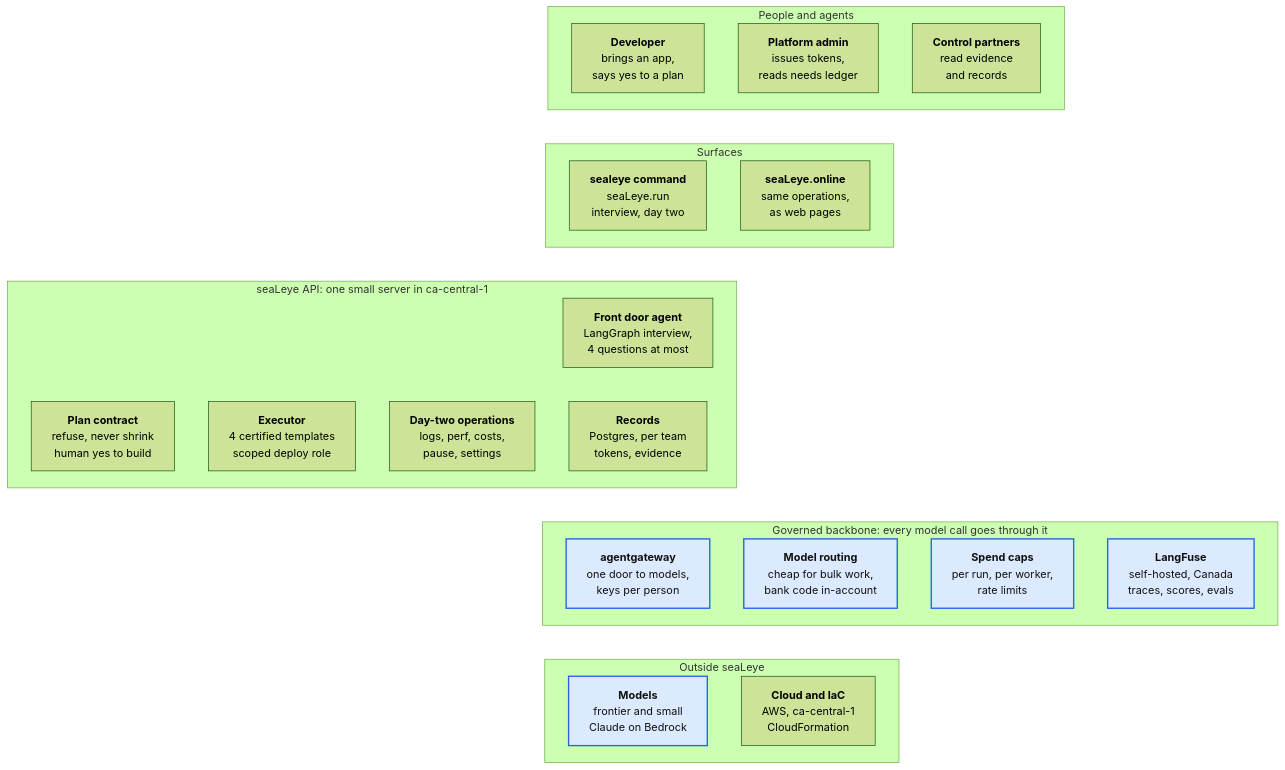
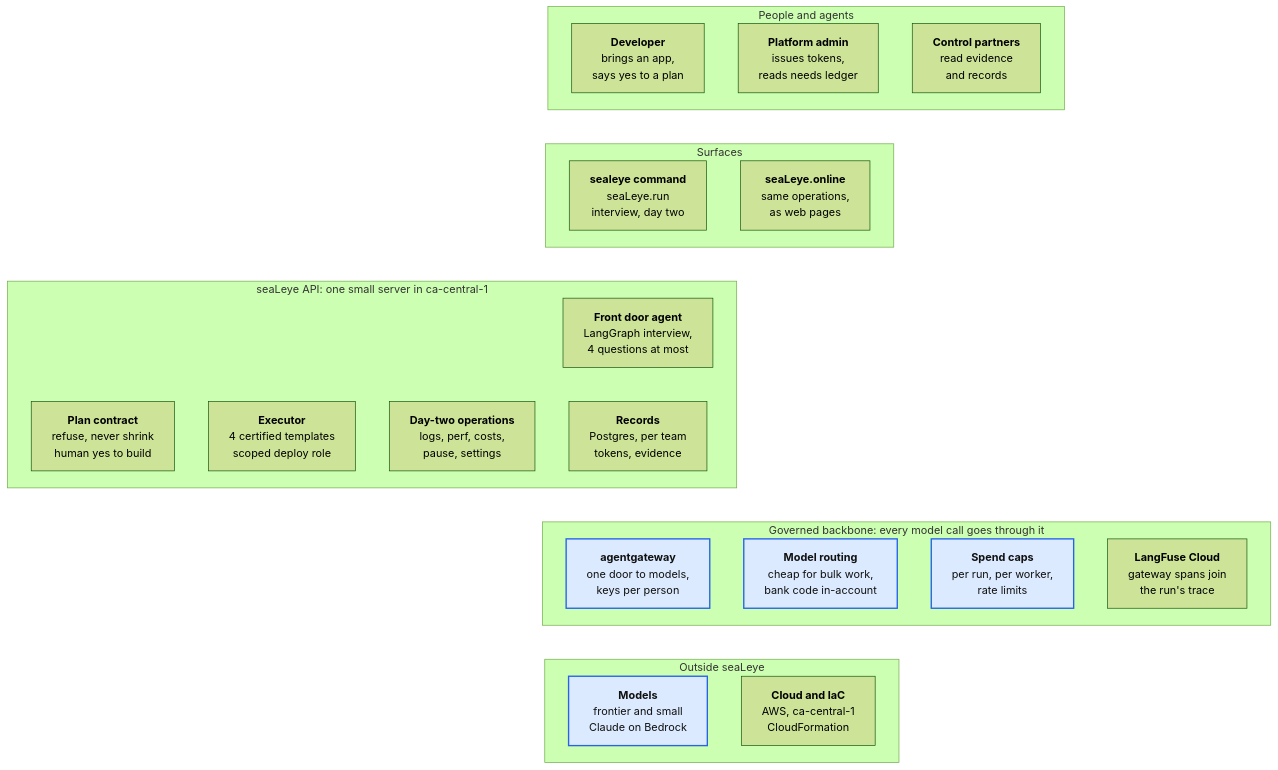
The third of 11 diagrams in docs/BUILD-OUT.md (GregKliewer/sealeye), drawn with Mermaid (forest theme) before and after one commit. The commit also changed other lines of this file and 3 other files, not shown here.

First line of the commit message:
Move self-hosted LangFuse from Phase 3 to Phase 4

````diff
--- a/docs/BUILD-OUT.md
+++ b/docs/BUILD-OUT.md
@@ -83,36 +83,36 @@
 ```mermaid
 flowchart TB
   subgraph people["People and agents"]
     dev["<b>Developer</b><br/>brings an app,<br/>says yes to a plan"]
     admin["<b>Platform admin</b><br/>issues tokens,<br/>reads needs ledger"]
     control["<b>Control partners</b><br/>read evidence<br/>and records"]
   end
   subgraph surfaces["Surfaces"]
     cli["<b>sealeye command</b><br/>seaLeye.run<br/>interview, day two"]
     portal["<b>seaLeye.online</b><br/>same operations,<br/>as web pages"]
   end
   dev ~~~ cli
   subgraph api["seaLeye API: one small server in ca-central-1"]
     frontdoor["<b>Front door agent</b><br/>LangGraph interview,<br/>4 questions at most"]
     contract["<b>Plan contract</b><br/>refuse, never shrink<br/>human yes to build"]
     executor["<b>Executor</b><br/>4 certified templates<br/>scoped deploy role"]
     daytwo["<b>Day-two operations</b><br/>logs, perf, costs,<br/>pause, settings"]
     records["<b>Records</b><br/>Postgres, per team<br/>tokens, evidence"]
   end
   frontdoor ~~~ records
   cli ~~~ frontdoor
   subgraph backbone["Governed backbone: every model call goes through it"]
     gateway["<b>agentgateway</b><br/>one door to models,<br/>keys per person"]
     routing["<b>Model routing</b><br/>cheap for bulk work,<br/>bank code in-account"]
     caps["<b>Spend caps</b><br/>per run, per worker,<br/>rate limits"]
-    langfuse["<b>LangFuse</b><br/>self-hosted, Canada<br/>traces, scores, evals"]
+    langfuse["<b>LangFuse Cloud</b><br/>gateway spans join<br/>the run's trace"]
   end
   records ~~~ gateway
   subgraph outside["Outside seaLeye"]
     models["<b>Models</b><br/>frontier and small<br/>Claude on Bedrock"]
     cloud["<b>Cloud and IaC</b><br/>AWS, ca-central-1<br/>CloudFormation"]
   end
   gateway ~~~ models
   classDef new fill:#dbeafe,stroke:#2563eb,stroke-width:2px,color:#111
-  class caps,gateway,langfuse,models,routing new
+  class caps,gateway,models,routing new
 ```
````
